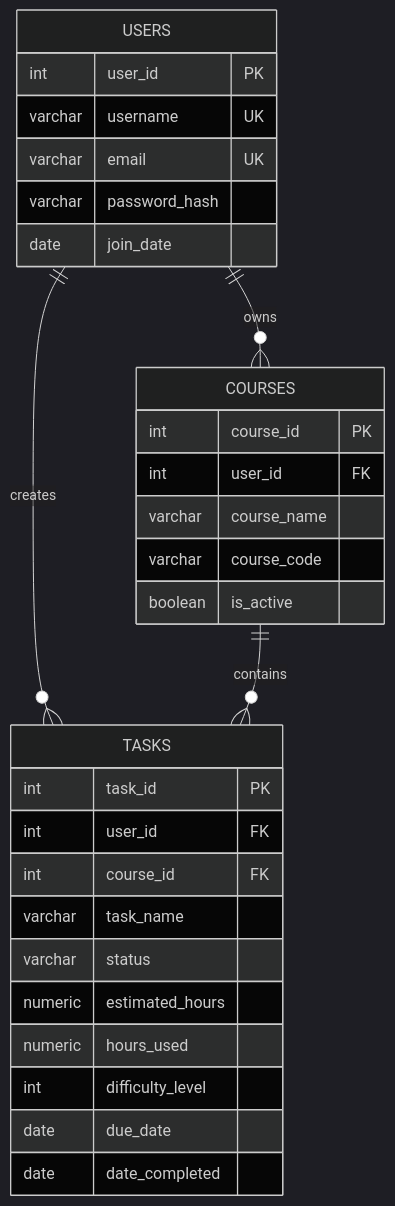
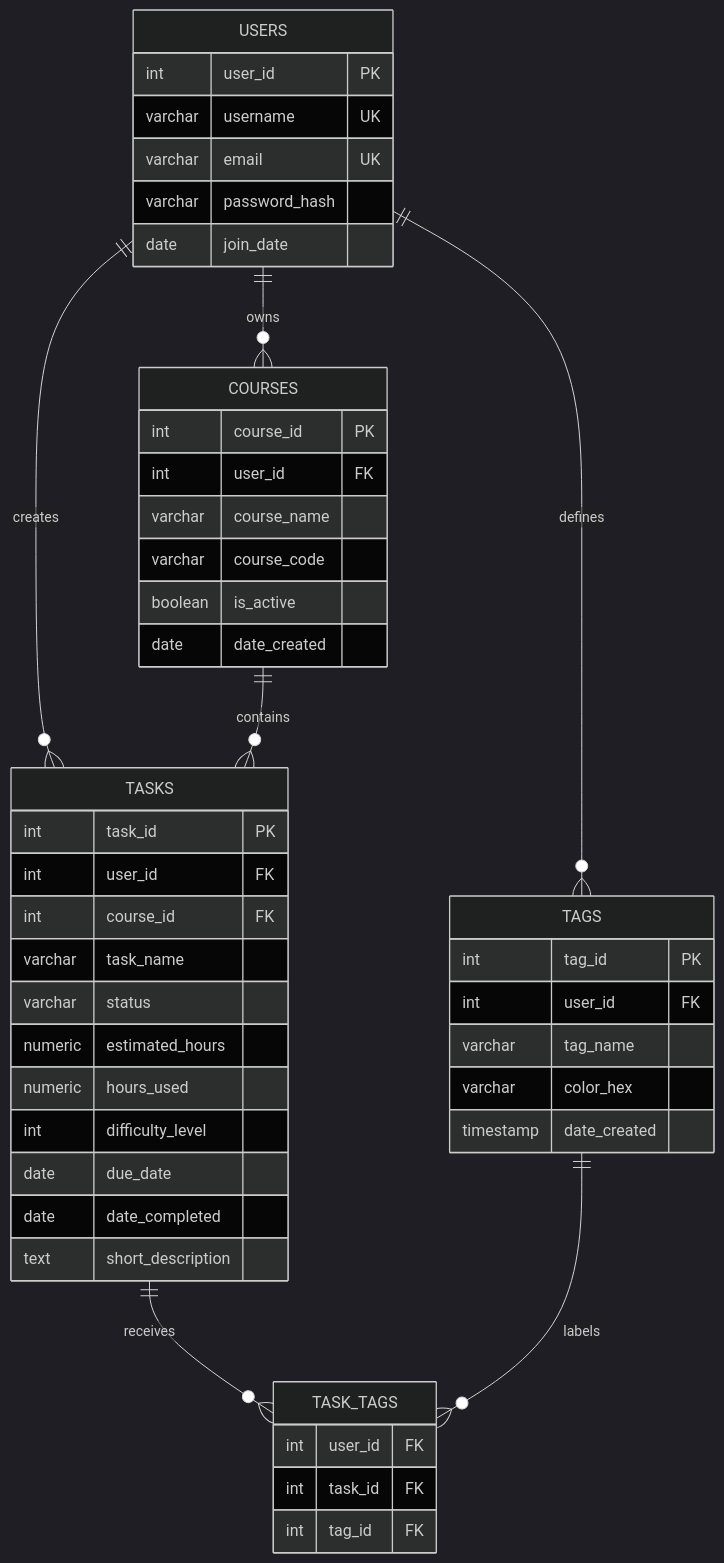
The second of 2 diagrams in README.md (GioEspinoza/AssignmentAssessor), drawn with Mermaid (dark theme) before and after one commit. The commit also changed other lines of this file and 6 other files, not shown here.

````diff
--- a/README.md
+++ b/README.md
@@ -138,35 +186,54 @@
 ```mermaid
 erDiagram
     USERS ||--o{ COURSES : owns
     USERS ||--o{ TASKS : creates
+    USERS ||--o{ TAGS : defines
     COURSES ||--o{ TASKS : contains
+    TASKS ||--o{ TASK_TAGS : receives
+    TAGS ||--o{ TASK_TAGS : labels
 
     USERS {
         int user_id PK
         varchar username UK
         varchar email UK
         varchar password_hash
         date join_date
     }
 
     COURSES {
         int course_id PK
         int user_id FK
         varchar course_name
         varchar course_code
         boolean is_active
+        date date_created
     }
 
     TASKS {
         int task_id PK
         int user_id FK
         int course_id FK
         varchar task_name
         varchar status
         numeric estimated_hours
         numeric hours_used
         int difficulty_level
         date due_date
         date date_completed
+        text short_description
+    }
+
+    TAGS {
+        int tag_id PK
+        int user_id FK
+        varchar tag_name
+        varchar color_hex
+        timestamp date_created
+    }
+
+    TASK_TAGS {
+        int user_id FK
+        int task_id FK
+        int tag_id FK
     }
 ```
````
